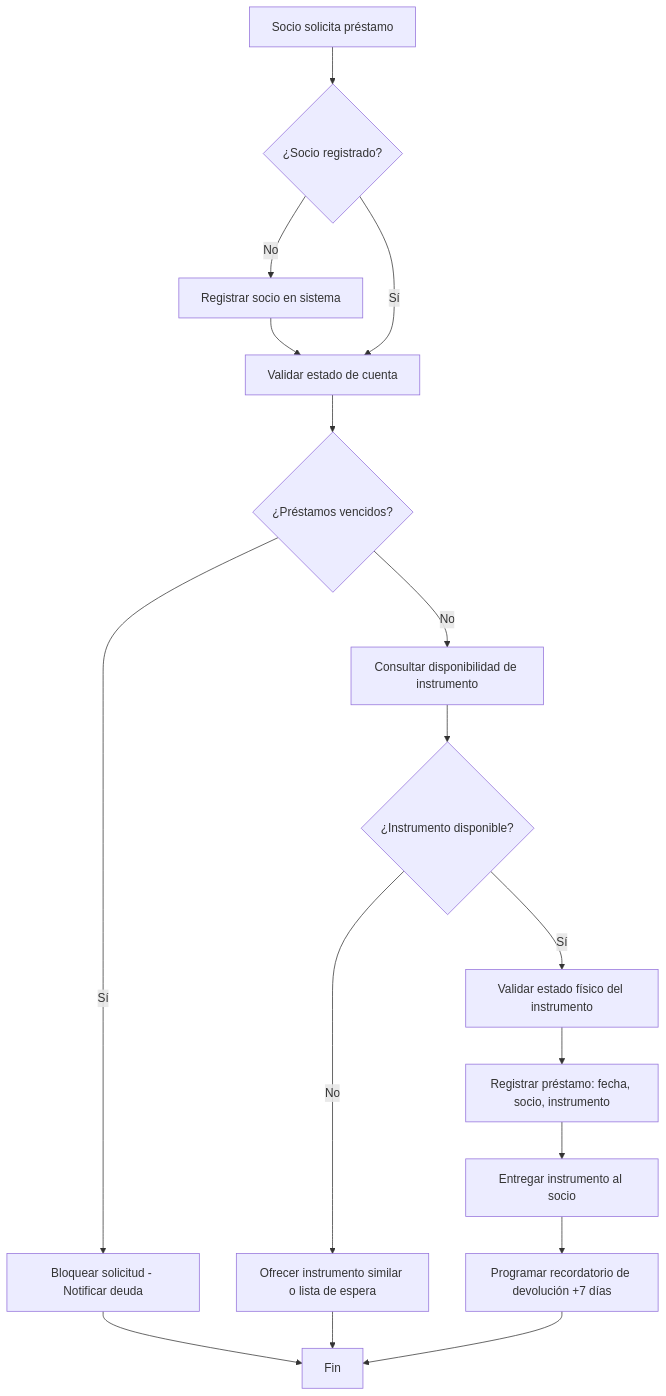
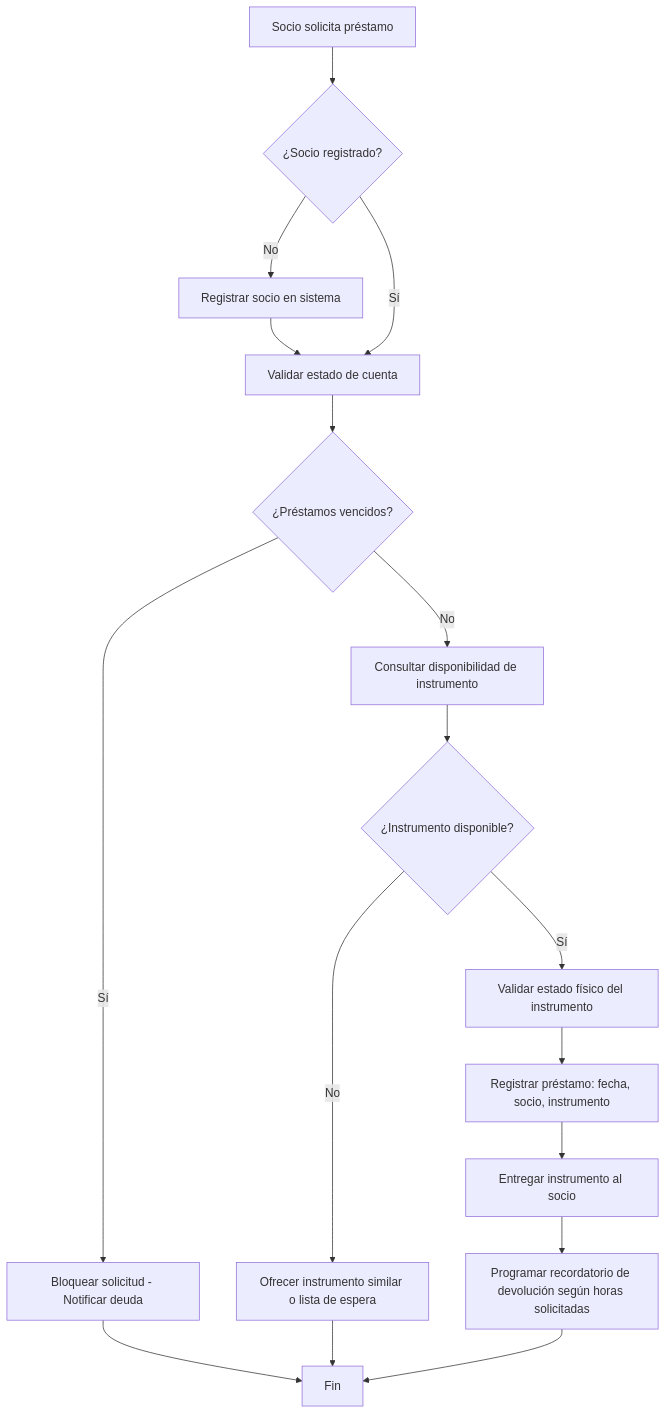
Before and after one commit to juanessan121/Club_musica: the first of 7 diagrams in arquitectura_club_musica.md, drawn with Mermaid. The commit also changed other lines of this file and 2 other files, not shown here.

````diff
--- a/arquitectura_club_musica.md
+++ b/arquitectura_club_musica.md
@@ -76,19 +79,19 @@
 ```mermaid
 flowchart TD
     A[Socio solicita préstamo] --> B{¿Socio registrado?}
     B -->|No| C[Registrar socio en sistema]
     C --> D[Validar estado de cuenta]
     B -->|Sí| D
     D --> E{¿Préstamos vencidos?}
     E -->|Sí| F[Bloquear solicitud - Notificar deuda]
     F --> G[Fin]
     E -->|No| H[Consultar disponibilidad de instrumento]
     H --> I{¿Instrumento disponible?}
     I -->|No| J[Ofrecer instrumento similar o lista de espera]
     J --> G
     I -->|Sí| K[Validar estado físico del instrumento]
     K --> L[Registrar préstamo: fecha, socio, instrumento]
     L --> M[Entregar instrumento al socio]
-    M --> N[Programar recordatorio de devolución +7 días]
+    M --> N[Programar recordatorio de devolución según horas solicitadas]
     N --> G
 ```
````
